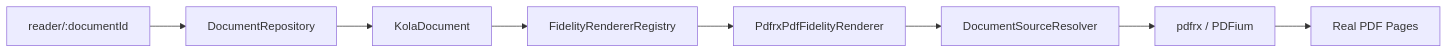
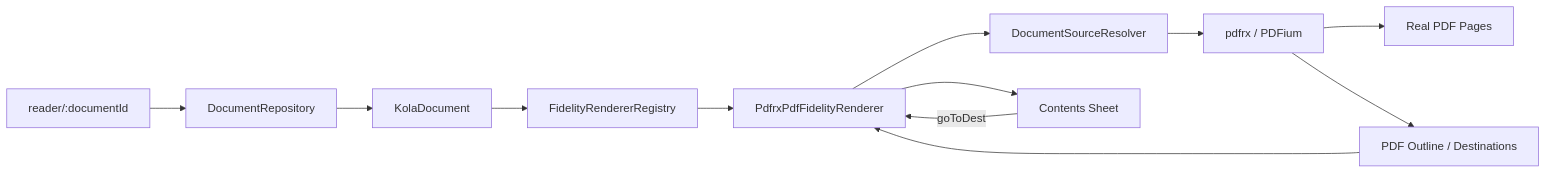
One commit to aaditya140103/kola changed the third of 17 diagrams in docs/PROJECT_GRAPH.md. Above: the diagram before and after it, drawn with Mermaid. The commit also changed other lines of this file and 6 other files, not shown here.

Commit message:
Add PDF outline navigation

````diff
--- a/docs/PROJECT_GRAPH.md
+++ b/docs/PROJECT_GRAPH.md
@@ -52,13 +52,17 @@
 ```mermaid
 flowchart LR
     Route[reader/:documentId]
     Repo[DocumentRepository]
     Doc[KolaDocument]
     Fidelity[FidelityRendererRegistry]
     Resolver[DocumentSourceResolver]
     View[PdfrxPdfFidelityRenderer]
     PDFium[pdfrx / PDFium]
     Pages[Real PDF Pages]
+    Outline[PDF Outline / Destinations]
+    Contents[Contents Sheet]
 
     Route --> Repo --> Doc --> Fidelity --> View --> Resolver --> PDFium --> Pages
+    PDFium --> Outline --> View --> Contents
+    Contents -- goToDest --> View
 ```
````
